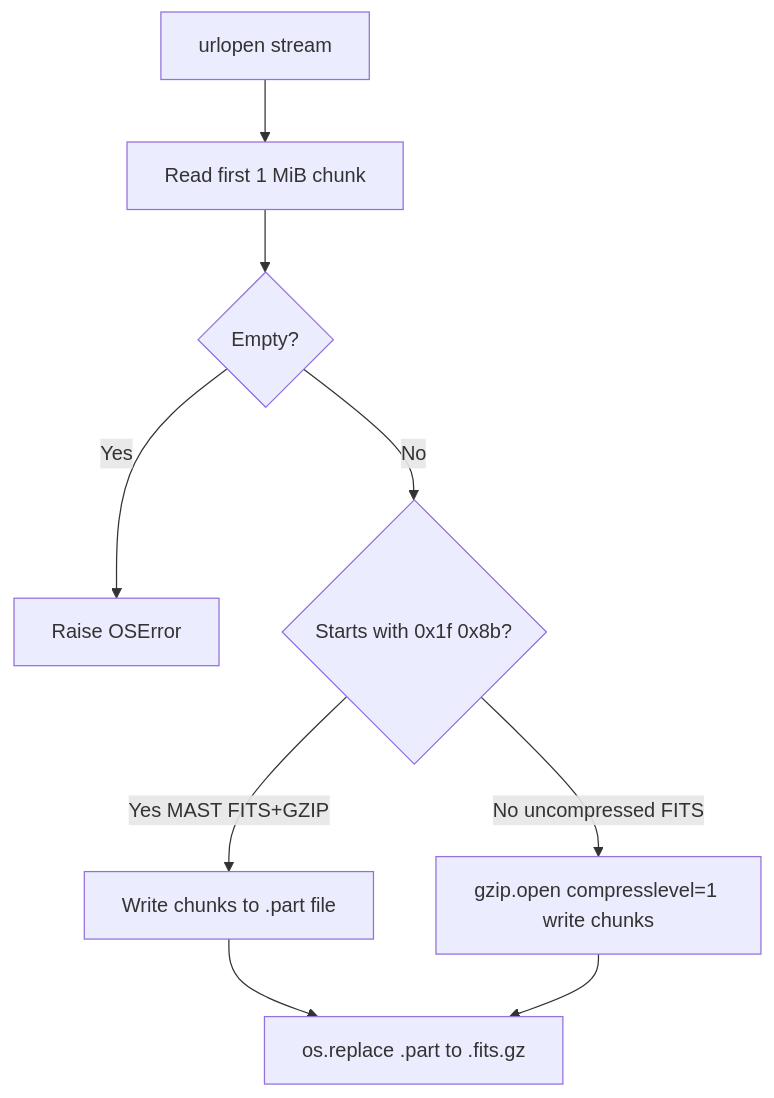
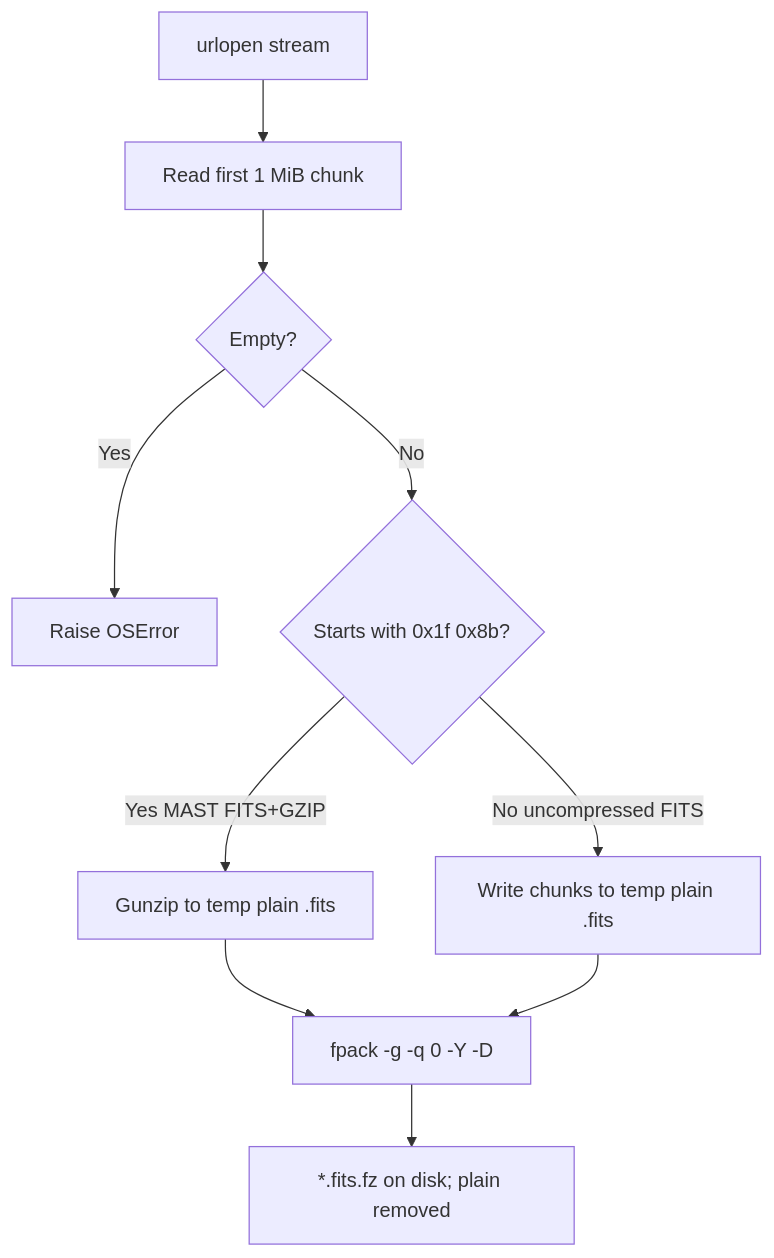
Before and after one commit to zoutei/TSST_syndiff_pipeline: the third of 3 diagrams in docs/markdown/stages/tess_ffi_download.md, drawn with Mermaid. The commit also changed other lines of this file and 14 other files, not shown here.

````diff
--- a/docs/markdown/stages/tess_ffi_download.md
+++ b/docs/markdown/stages/tess_ffi_download.md
@@ -297,11 +294,12 @@
 ```mermaid
 flowchart TD
     Open[urlopen stream] --> Read1[Read first 1 MiB chunk]
     Read1 --> Empty{Empty?}
     Empty -->|Yes| Err[Raise OSError]
     Empty -->|No| Magic{Starts with 0x1f 0x8b?}
-    Magic -->|Yes MAST FITS+GZIP| Passthrough[Write chunks to .part file]
-    Magic -->|No uncompressed FITS| GzipOnFly[gzip.open compresslevel=1 write chunks]
-    Passthrough --> Replace[os.replace .part to .fits.gz]
-    GzipOnFly --> Replace
+    Magic -->|Yes MAST FITS+GZIP| Gunzip[Gunzip to temp plain .fits]
+    Magic -->|No uncompressed FITS| Plain[Write chunks to temp plain .fits]
+    Gunzip --> Fpack["fpack -g -q 0 -Y -D"]
+    Plain --> Fpack
+    Fpack --> Done["*.fits.fz on disk; plain removed"]
 ```
````
